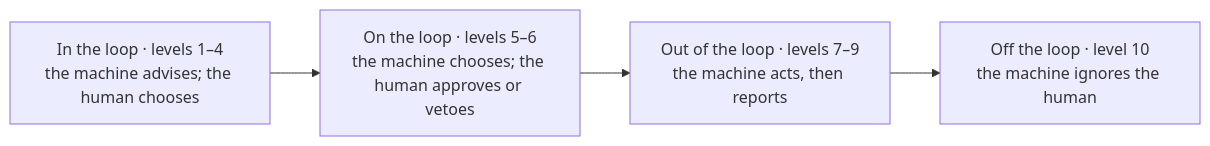
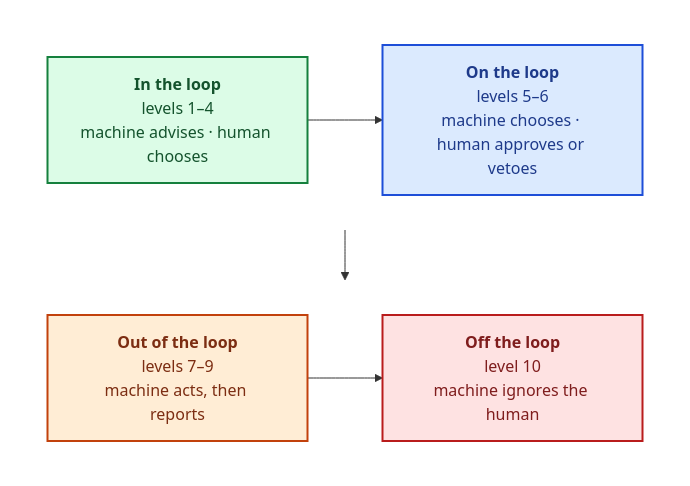
One commit to kk-engineer/robosathi changed the diagram in content/en/docs/agentic_ai/levels_of_automation.md. Above: the diagram before and after it, drawn with Mermaid. The commit also changed other lines of this file and 1 other file, not shown here.

Commit message:
fix: Larger colour-coded human-bands diagram, broken example heading, centred About photo

````diff
--- a/content/en/docs/agentic_ai/levels_of_automation.md
+++ b/content/en/docs/agentic_ai/levels_of_automation.md
@@ -75,6 +75,22 @@
 ```mermaid
-graph LR
-    A["In the loop · levels 1–4<br/>the machine advises; the human chooses"] --> B["On the loop · levels 5–6<br/>the machine chooses; the human approves or vetoes"]
-    B --> C["Out of the loop · levels 7–9<br/>the machine acts, then reports"]
-    C --> D["Off the loop · level 10<br/>the machine ignores the human"]
+graph TB
+    subgraph Top [" "]
+    direction LR
+    A["<b>In the loop</b><br/>levels 1–4<br/>machine advises · human chooses"] --> B["<b>On the loop</b><br/>levels 5–6<br/>machine chooses · human approves or vetoes"]
+    end
+    subgraph Bottom [" "]
+    direction LR
+    C["<b>Out of the loop</b><br/>levels 7–9<br/>machine acts, then reports"] --> D["<b>Off the loop</b><br/>level 10<br/>machine ignores the human"]
+    end
+    Top --> Bottom
+    classDef inloop fill:#dcfce7,stroke:#15803d,stroke-width:2px,color:#14532d,font-size:16px
+    classDef onloop fill:#dbeafe,stroke:#1d4ed8,stroke-width:2px,color:#1e3a8a,font-size:16px
+    classDef outloop fill:#ffedd5,stroke:#c2410c,stroke-width:2px,color:#7c2d12,font-size:16px
+    classDef offloop fill:#fee2e2,stroke:#b91c1c,stroke-width:2px,color:#7f1d1d,font-size:16px
+    class A inloop
+    class B onloop
+    class C outloop
+    class D offloop
+    style Top fill:none,stroke:none
+    style Bottom fill:none,stroke:none
 ```
````
